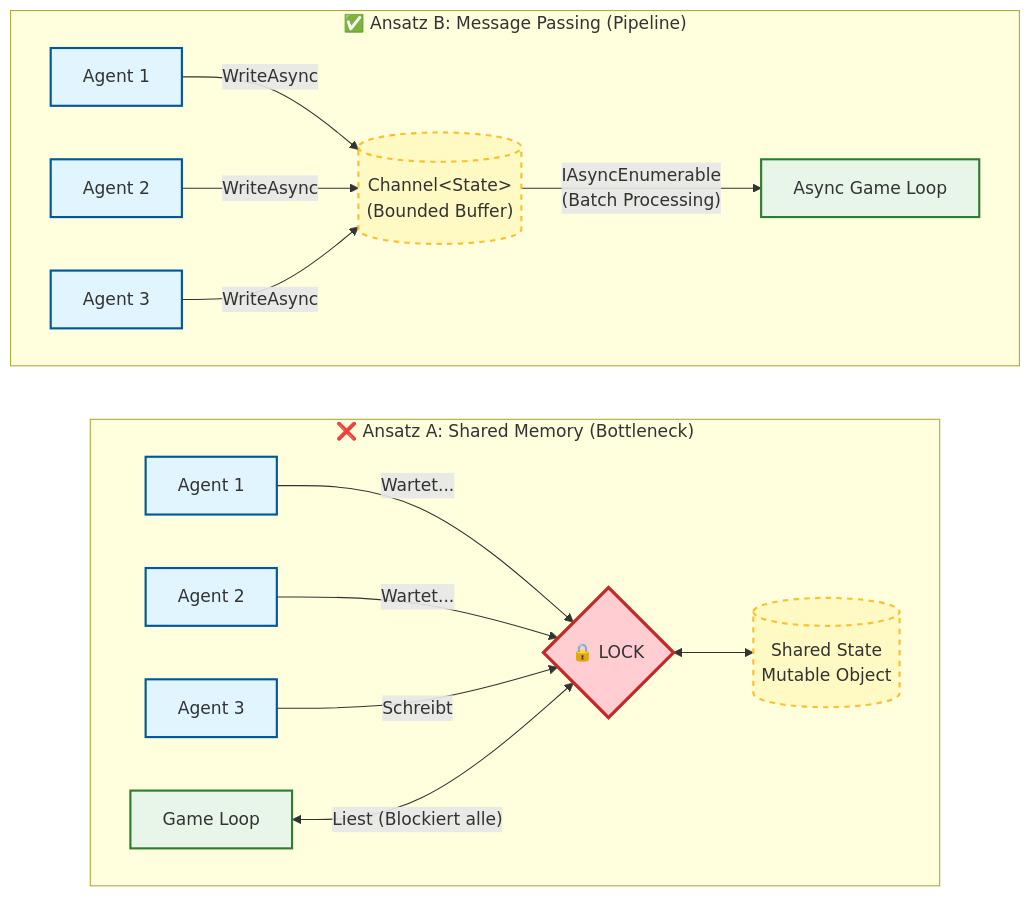
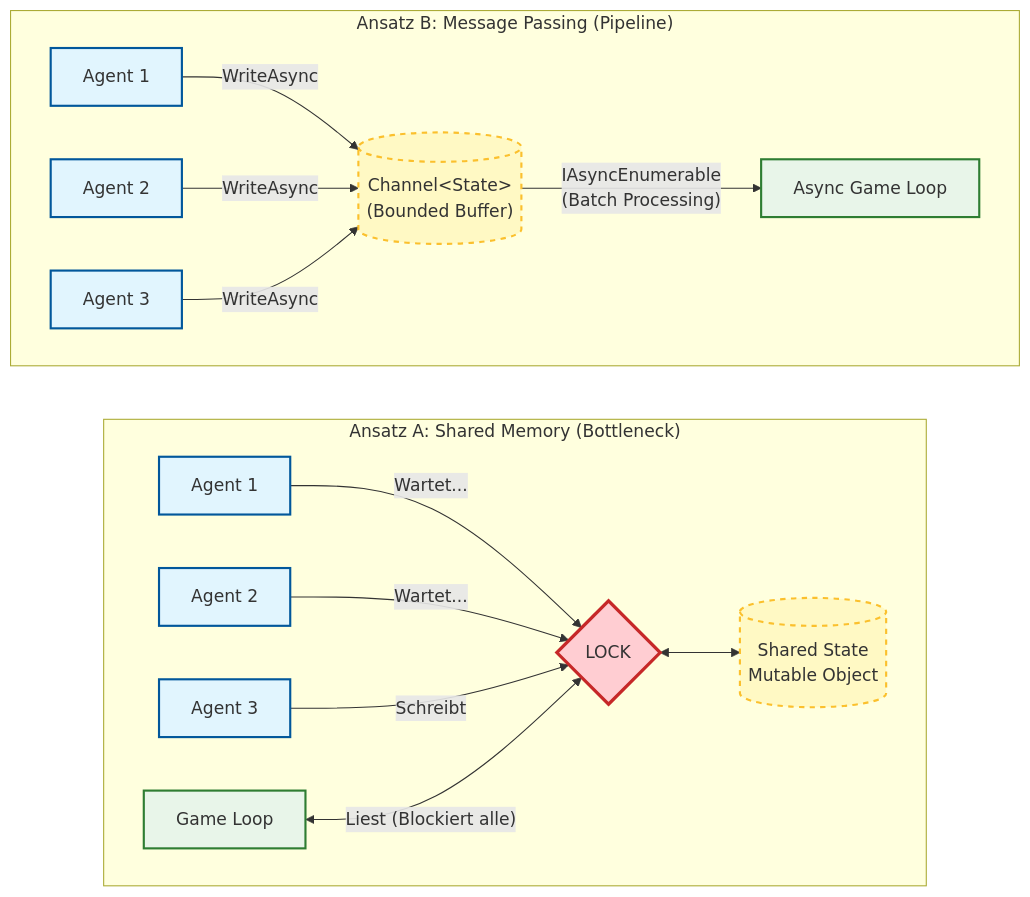
The second of 2 diagrams in src/g03/Theoretische Ausarbeitung.md (sebastianbichler/IU_C-_2026_Q1_LE), drawn with Mermaid before and after one commit. The commit also changed other lines of this file, not shown here.

Commit message:
Update Theoretische Ausarbeitung.md

````diff
--- a/src/g03/Theoretische Ausarbeitung.md
+++ b/src/g03/Theoretische Ausarbeitung.md
@@ -76,45 +76,45 @@
 ```mermaid
 graph LR
     %% Styles
     classDef producer fill:#e1f5fe,stroke:#01579b,stroke-width:2px;
     classDef storage fill:#fff9c4,stroke:#fbc02d,stroke-width:2px,stroke-dasharray: 5 5;
     classDef consumer fill:#e8f5e9,stroke:#2e7d32,stroke-width:2px;
     classDef bottleneck fill:#ffcdd2,stroke:#c62828,stroke-width:3px;
     
-    subgraph Classic_Locking ["❌ Ansatz A: Shared Memory (Bottleneck)"]
+    subgraph Classic_Locking ["Ansatz A: Shared Memory (Bottleneck)"]
         direction LR
         A1[Agent 1]:::producer
         A2[Agent 2]:::producer
         A3[Agent 3]:::producer
         
-        Lock{🔒 LOCK}:::bottleneck
+        Lock{LOCK}:::bottleneck
         
         State[(Shared State<br/>Mutable Object)]:::storage
         
         Loop1[Game Loop]:::consumer
 
         A1 -- "Wartet..." --> Lock
         A2 -- "Wartet..." --> Lock
         A3 -- "Schreibt" --> Lock
         
         Lock <--> State
         Loop1 <-->|"Liest (Blockiert alle)"| Lock
     end
 
-    subgraph Channel_Arch ["✅ Ansatz B: Message Passing (Pipeline)"]
+    subgraph Channel_Arch ["Ansatz B: Message Passing (Pipeline)"]
         direction LR
         B1[Agent 1]:::producer
         B2[Agent 2]:::producer
         B3[Agent 3]:::producer
         
         Channel[("Channel&lt;State&gt;<br/>(Bounded Buffer)")]:::storage
         
         Loop2[Async Game Loop]:::consumer
 
         B1 -- "WriteAsync" --> Channel
         B2 -- "WriteAsync" --> Channel
         B3 -- "WriteAsync" --> Channel
         
         Channel -- "IAsyncEnumerable<br/>(Batch Processing)" --> Loop2
     end
 ```
````
